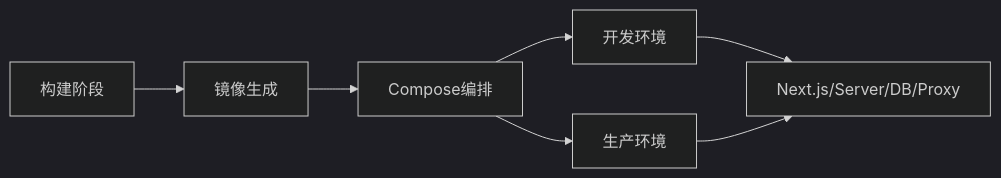
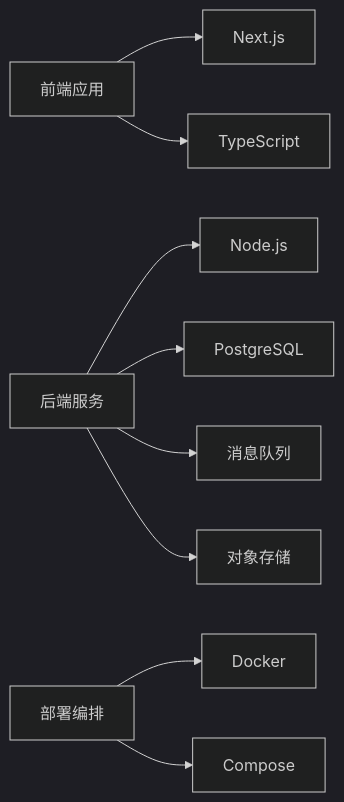
One commit to scottcwy/PurpleInk changed the seventh of 8 diagrams in .qoder/repowiki/zh/content/架构设计/系统架构概览.md. Above: the diagram before and after it, drawn with Mermaid (dark theme). The commit also changed other lines of this file and 872 other files, not shown here.

````diff
--- a/.qoder/repowiki/zh/content/架构设计/系统架构概览.md
+++ b/.qoder/repowiki/zh/content/架构设计/系统架构概览.md
@@ -281,9 +321,11 @@
 ```mermaid
 graph LR
-Build["构建阶段"] --> Image["镜像生成"]
-Image --> Compose["Compose编排"]
-Compose --> Dev["开发环境"]
-Compose --> Prod["生产环境"]
-Dev --> Services["Next.js/Server/DB/Proxy"]
-Prod --> Services
+FE["前端应用"] --> Next["Next.js"]
+FE --> TS["TypeScript"]
+BE["后端服务"] --> Node["Node.js"]
+BE --> DB["PostgreSQL"]
+BE --> Queue["消息队列"]
+BE --> Storage["对象存储"]
+Deploy["部署编排"] --> Docker["Docker"]
+Deploy --> Compose["Compose"]
 ```
````
